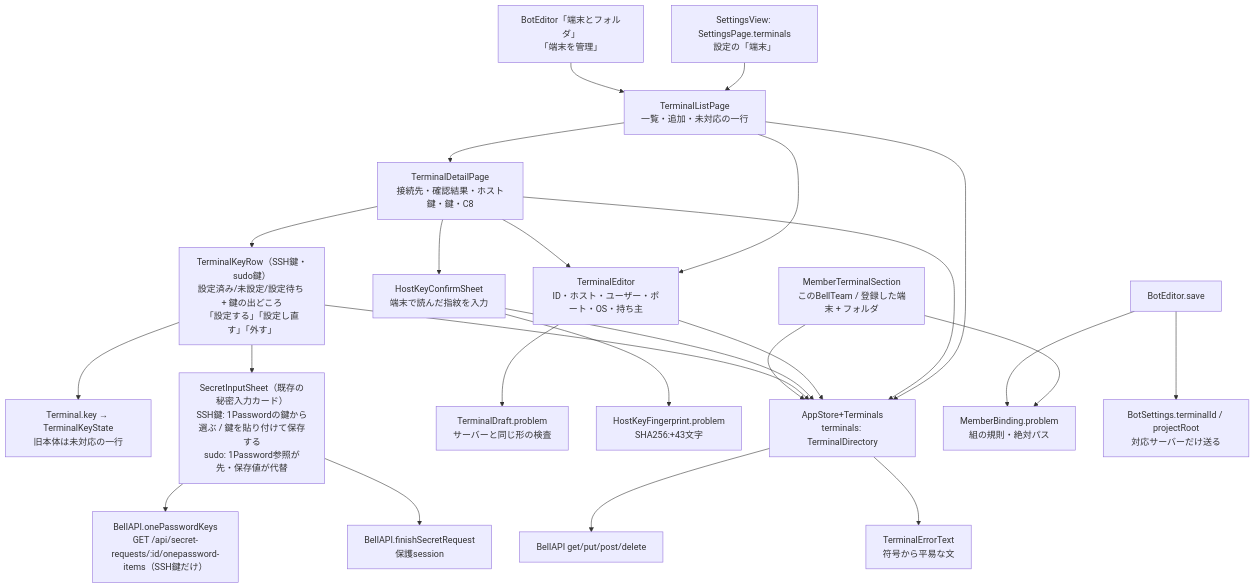
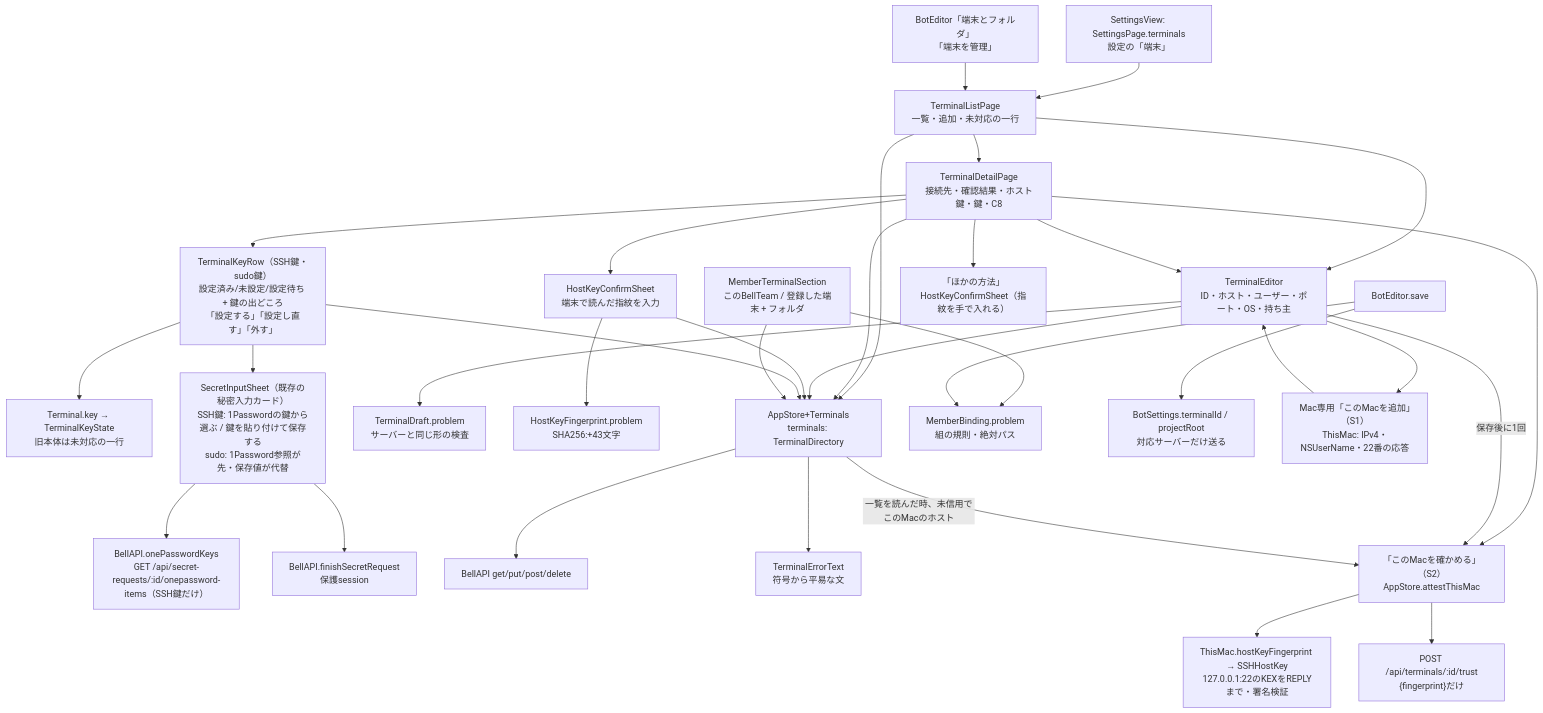
The first of 4 diagrams in docs/architecture/modules/apple/terminals.md (kitepon/BellTeam), drawn with Mermaid before and after one commit. The commit also changed other lines of this file and 16 other files, not shown here.

First line of the commit message:
feat(apple): self-service "add this Mac" and loopback host-key attestation (S1/S2), terminal.login card

````diff
--- a/docs/architecture/modules/apple/terminals.md
+++ b/docs/architecture/modules/apple/terminals.md
@@ -9,27 +9,35 @@
 ```mermaid
 flowchart TD
   SettingsRow["SettingsView: SettingsPage.terminals<br/>設定の「端末」"] --> List["TerminalListPage<br/>一覧・追加・未対応の一行"]
   EditorLink["BotEditor「端末とフォルダ」<br/>「端末を管理」"] --> List
   List --> Detail["TerminalDetailPage<br/>接続先・確認結果・ホスト鍵・鍵・C8"]
   List --> Form["TerminalEditor<br/>ID・ホスト・ユーザー・ポート・OS・持ち主"]
   Detail --> Form
   Detail --> HostKey["HostKeyConfirmSheet<br/>端末で読んだ指紋を入力"]
   Detail --> Keys["TerminalKeyRow（SSH鍵・sudo鍵）<br/>設定済み/未設定/設定待ち + 鍵の出どころ<br/>「設定する」「設定し直す」「外す」"]
   Keys --> KeyState["Terminal.key → TerminalKeyState<br/>旧本体は未対応の一行"]
   Keys --> Card["SecretInputSheet（既存の秘密入力カード）<br/>SSH鍵: 1Passwordの鍵から選ぶ / 鍵を貼り付けて保存する<br/>sudo: 1Password参照が先・保存値が代替"]
   Card --> Items["BellAPI.onePasswordKeys<br/>GET /api/secret-requests/:id/onepassword-items（SSH鍵だけ）"]
   Card --> SecretAPI["BellAPI.finishSecretRequest<br/>保護session"]
   Form --> Rules["TerminalDraft.problem<br/>サーバーと同じ形の検査"]
   HostKey --> FP["HostKeyFingerprint.problem<br/>SHA256:+43文字"]
   Store["AppStore+Terminals<br/>terminals: TerminalDirectory"] --> API["BellAPI get/put/post/delete"]
   List --> Store
   Detail --> Store
   Form --> Store
   HostKey --> Store
   Keys --> Store
   Section["MemberTerminalSection<br/>このBellTeam / 登録した端末 + フォルダ"] --> Store
   Section --> Pair["MemberBinding.problem<br/>組の規則・絶対パス"]
   BotEditor["BotEditor.save"] --> Pair
   BotEditor --> Members["BotSettings.terminalId / projectRoot<br/>対応サーバーだけ送る"]
   Store --> Errors["TerminalErrorText<br/>符号から平易な文"]
+  Form --> ThisMacAdd["Mac専用「このMacを追加」（S1）<br/>ThisMac: IPv4・NSUserName・22番の応答"]
+  ThisMacAdd --> Form
+  Detail --> Attest["「このMacを確かめる」（S2）<br/>AppStore.attestThisMac"]
+  Form -->|"保存後に1回"| Attest
+  Store -->|"一覧を読んだ時、未信用でこのMacのホスト"| Attest
+  Attest --> Probe["ThisMac.hostKeyFingerprint → SSHHostKey<br/>127.0.0.1:22のKEXをREPLYまで・署名検証"]
+  Attest --> Trust["POST /api/terminals/:id/trust<br/>{fingerprint}だけ"]
+  Detail --> Other["「ほかの方法」<br/>HostKeyConfirmSheet（指紋を手で入れる）"]
 ```
````
